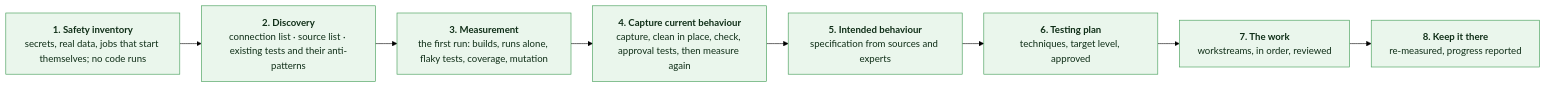
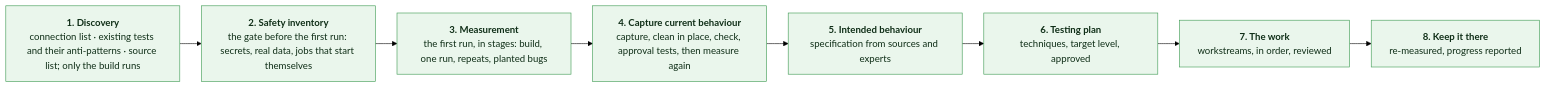
Before and after one commit to fiftiesHousewife/under-test: the diagram in docs/JOURNEY.md, drawn with Mermaid (forest theme). The commit also changed other lines of this file and 15 other files, not shown here.

First line of the commit message:
The journey runs discovery first, the safety inventory as the gate before the first run, and measurement in stages

````diff
--- a/docs/JOURNEY.md
+++ b/docs/JOURNEY.md
@@ -8,13 +8,13 @@
 ```mermaid
 %%{init: {"flowchart": {"wrappingWidth": 230, "nodeSpacing": 28, "rankSpacing": 36}}}%%
 flowchart LR
-    S["<b>1. Safety inventory</b><br/>secrets, real data, jobs that start themselves; no code runs"] --> D["<b>2. Discovery</b><br/>connection list · source list · existing tests and their anti-patterns"]
-    D --> M["<b>3. Measurement</b><br/>the first run: builds, runs alone, flaky tests, coverage, mutation"]
+    D["<b>1. Discovery</b><br/>connection list · existing tests and their anti-patterns · source list; only the build runs"] --> S["<b>2. Safety inventory</b><br/>the gate before the first run: secrets, real data, jobs that start themselves"]
+    S --> M["<b>3. Measurement</b><br/>the first run, in stages: build, one run, repeats, planted bugs"]
     M --> C["<b>4. Capture current behaviour</b><br/>capture, clean in place, check, approval tests, then measure again"]
     C --> B["<b>5. Intended behaviour</b><br/>specification from sources and experts"]
     B --> P["<b>6. Testing plan</b><br/>techniques, target level, approved"]
     P --> W["<b>7. The work</b><br/>workstreams, in order, reviewed"]
     W --> K["<b>8. Keep it there</b><br/>re-measured, progress reported"]
     classDef step fill:#eaf6ec,stroke:#3c9a52,color:#0f2e17
-    class S,D,C,M,B,P,W,K step
+    class D,S,C,M,B,P,W,K step
 ```
````
